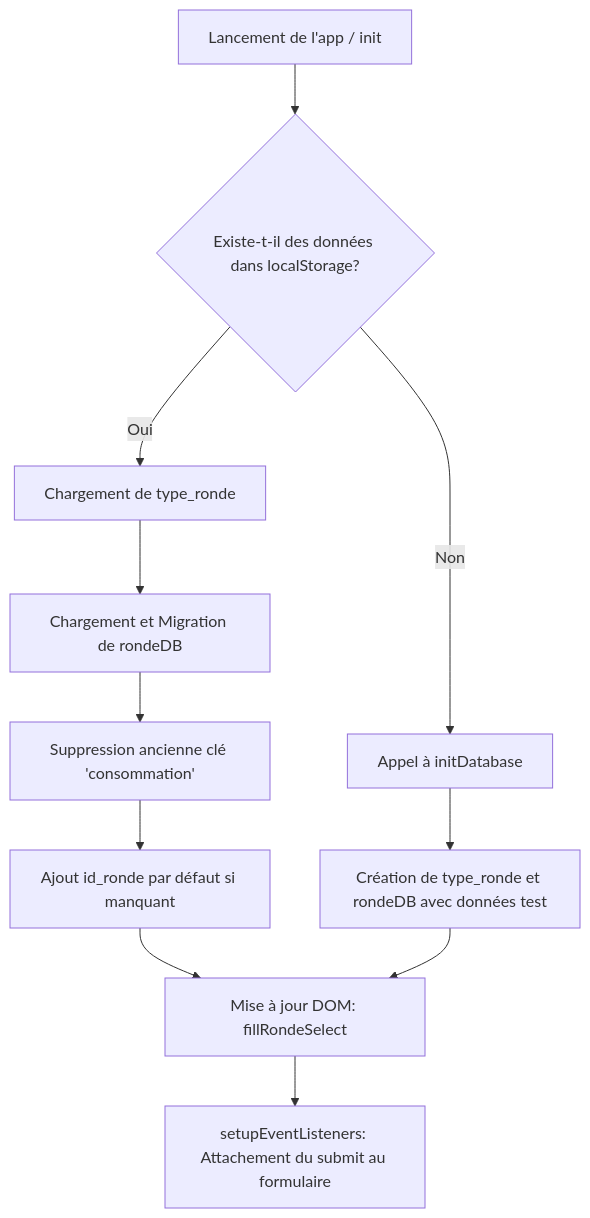
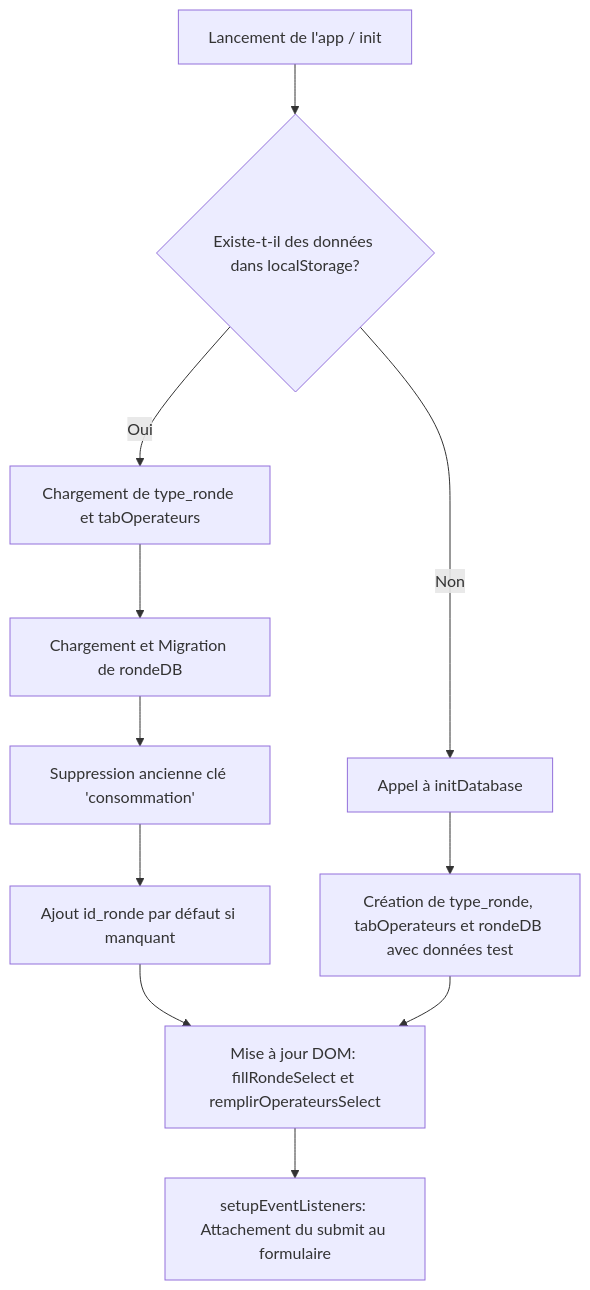
Before and after one commit to ngbatigh/rondes-root: the first of 2 diagrams in documentation.md, drawn with Mermaid. The commit also changed other lines of this file and 3 other files, not shown here.

````diff
--- a/documentation.md
+++ b/documentation.md
@@ -11,13 +11,13 @@
 ```mermaid
 graph TD
     A[Lancement de l'app / init] --> B{Existe-t-il des données dans localStorage?}
-    B -->|Oui| C[Chargement de type_ronde]
+    B -->|Oui| C[Chargement de type_ronde et tabOperateurs]
     C --> D[Chargement et Migration de rondeDB]
     D --> E[Suppression ancienne clé 'consommation']
     E --> F[Ajout id_ronde par défaut si manquant]
     B -->|Non| G[Appel à initDatabase]
-    G --> H[Création de type_ronde et rondeDB avec données test]
-    F --> I[Mise à jour DOM: fillRondeSelect]
+    G --> H[Création de type_ronde, tabOperateurs et rondeDB avec données test]
+    F --> I[Mise à jour DOM: fillRondeSelect et remplirOperateursSelect]
     H --> I
     I --> J[setupEventListeners: Attachement du submit au formulaire]
 ```
````
